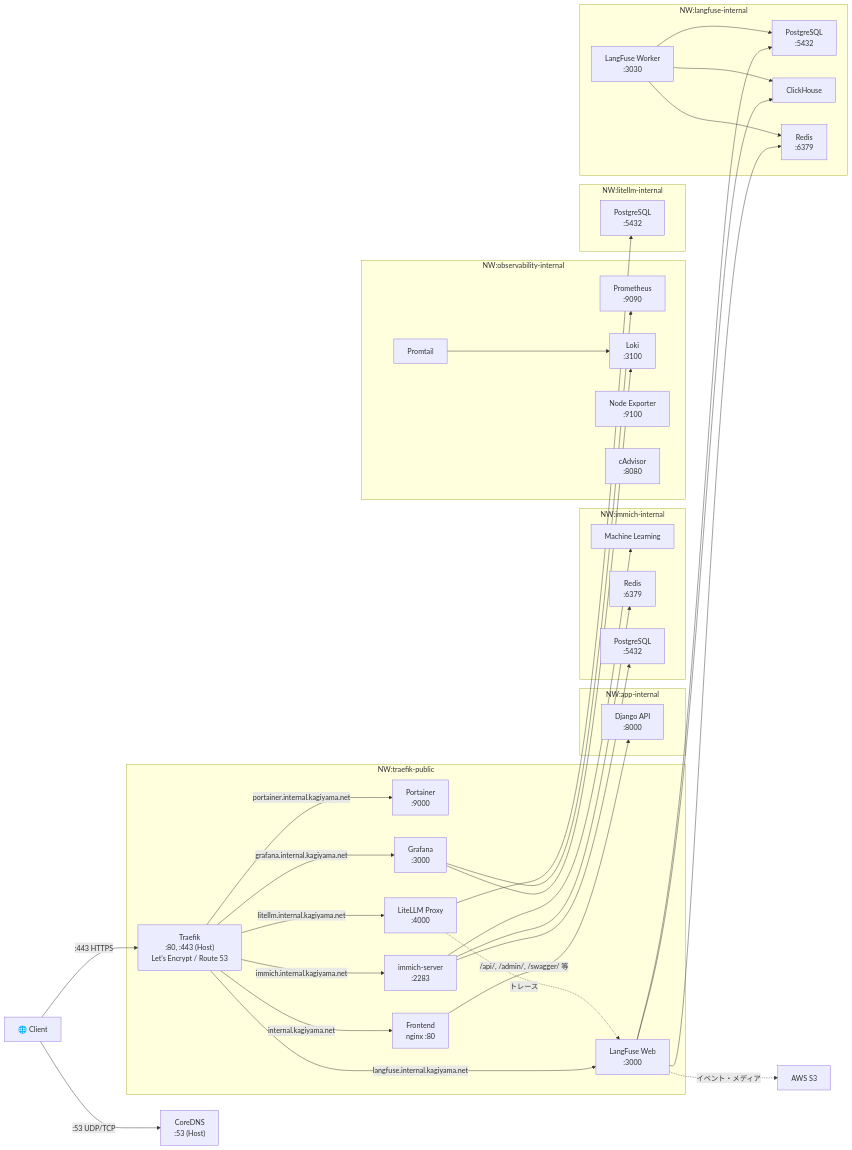
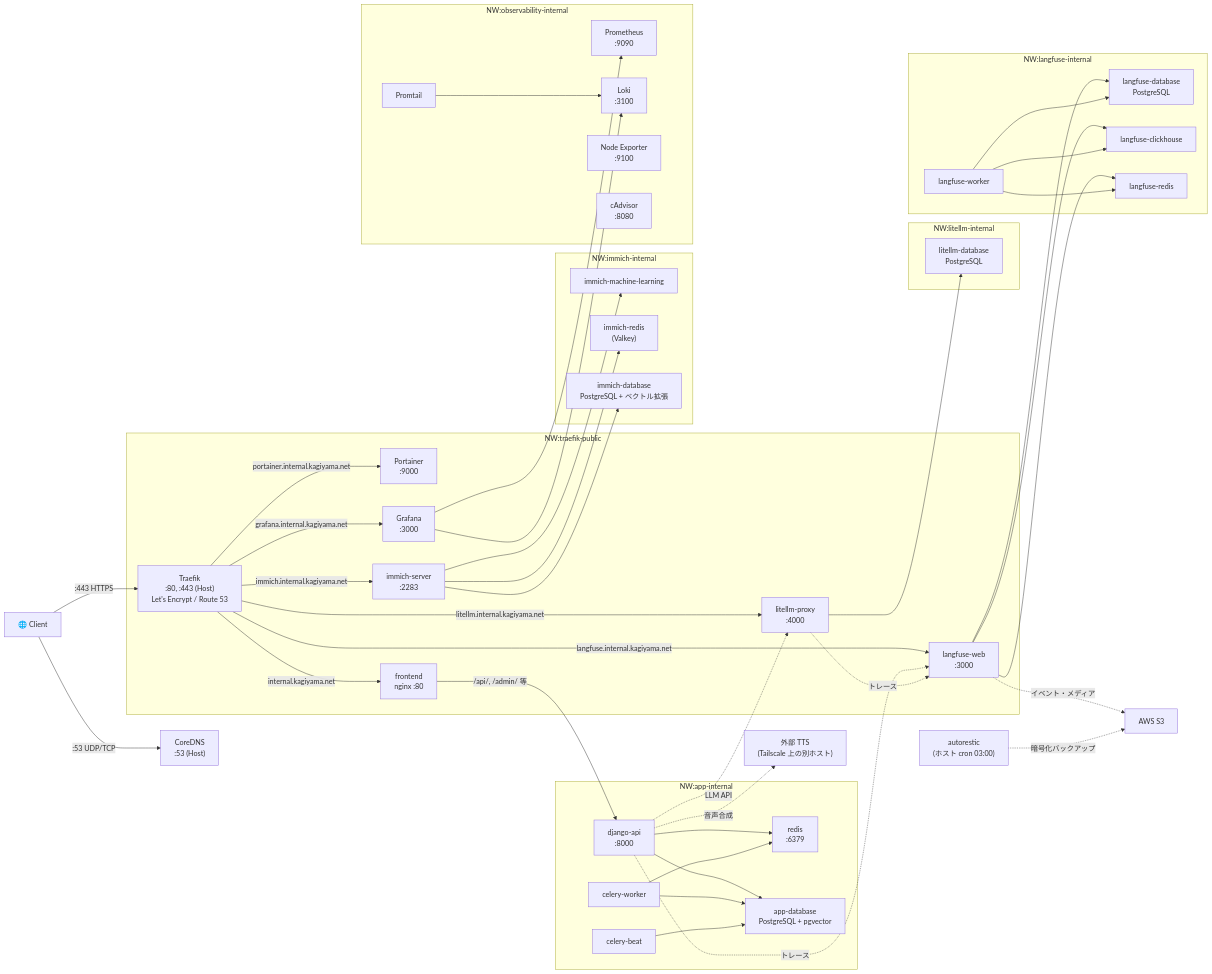
One commit to kagiyama-baking/internal.kagiyama.net changed the diagram in README.md. Above: the diagram before and after it, drawn with Mermaid. The commit also changed other lines of this file, not shown here.

First line of the commit message:
docs: ルート README をスリム化しアーキテクチャ図を実態に一致させる

````diff
--- a/README.md
+++ b/README.md
@@ -68,9 +62,9 @@
         Portainer["Portainer<br>:9000"]
         ImmichServer["immich-server<br>:2283"]
         Grafana["Grafana<br>:3000"]
-        Frontend["Frontend<br>nginx :80"]
-        LiteLLMProxy["LiteLLM Proxy<br>:4000"]
-        LangFuseWeb["LangFuse Web<br>:3000"]
+        Frontend["frontend<br>nginx :80"]
+        LiteLLMProxy["litellm-proxy<br>:4000"]
+        LangFuseWeb["langfuse-web<br>:3000"]
     end
 
     Traefik -->|"portainer.internal.kagiyama.net"| Portainer
@@ -82,20 +76,33 @@
 
     subgraph app-internal["NW:app-internal"]
         Frontend
-        DjangoAPI["Django API<br>:8000"]
+        DjangoAPI["django-api<br>:8000"]
+        CeleryWorker["celery-worker"]
+        CeleryBeat["celery-beat"]
+        AppRedis["redis<br>:6379"]
+        AppDB["app-database<br>PostgreSQL + pgvector"]
     end
 
-    Frontend -->|"/api/, /admin/, /swagger/ 等"| DjangoAPI
+    Frontend -->|"/api/, /admin/ 等"| DjangoAPI
+    DjangoAPI --> AppDB
+    DjangoAPI --> AppRedis
+    CeleryWorker --> AppRedis
+    CeleryWorker --> AppDB
+    CeleryBeat --> AppDB
+
+    DjangoAPI -.->|"LLM API"| LiteLLMProxy
+    DjangoAPI -.->|"トレース"| LangFuseWeb
+    DjangoAPI -.->|"音声合成"| TTS["外部 TTS<br>(Tailscale 上の別ホスト)"]
 
     subgraph immich-internal["NW:immich-internal"]
         ImmichServer
-        MachineLearning["Machine Learning"]
-        Redis["Redis<br>:6379"]
-        Postgres["PostgreSQL<br>:5432"]
+        MachineLearning["immich-machine-learning"]
+        ImmichRedis["immich-redis<br>(Valkey)"]
+        ImmichDB["immich-database<br>PostgreSQL + ベクトル拡張"]
     end
 
-    ImmichServer --> Redis
-    ImmichServer --> Postgres
+    ImmichServer --> ImmichRedis
+    ImmichServer --> ImmichDB
     ImmichServer --> MachineLearning
 
     subgraph observability-internal["NW:observability-internal"]
@@ -113,17 +120,17 @@
 
     subgraph litellm-internal["NW:litellm-internal"]
         LiteLLMProxy
-        LiteLLMDB["PostgreSQL<br>:5432"]
+        LiteLLMDB["litellm-database<br>PostgreSQL"]
     end
 
     LiteLLMProxy --> LiteLLMDB
 
     subgraph langfuse-internal["NW:langfuse-internal"]
         LangFuseWeb
-        LangFuseWorker["LangFuse Worker<br>:3030"]
-        LangFuseDB["PostgreSQL<br>:5432"]
-        ClickHouse["ClickHouse"]
-        LangFuseRedis["Redis<br>:6379"]
+        LangFuseWorker["langfuse-worker"]
+        LangFuseDB["langfuse-database<br>PostgreSQL"]
+        ClickHouse["langfuse-clickhouse"]
+        LangFuseRedis["langfuse-redis"]
     end
 
     LangFuseWeb --> LangFuseDB
@@ -136,4 +143,5 @@
     LiteLLMProxy -.->|"トレース"| LangFuseWeb
 
     LangFuseWeb -.->|"イベント・メディア"| S3["AWS S3"]
+    Autorestic["autorestic<br>(ホスト cron 03:00)"] -.->|"暗号化バックアップ"| S3
 ```
````
